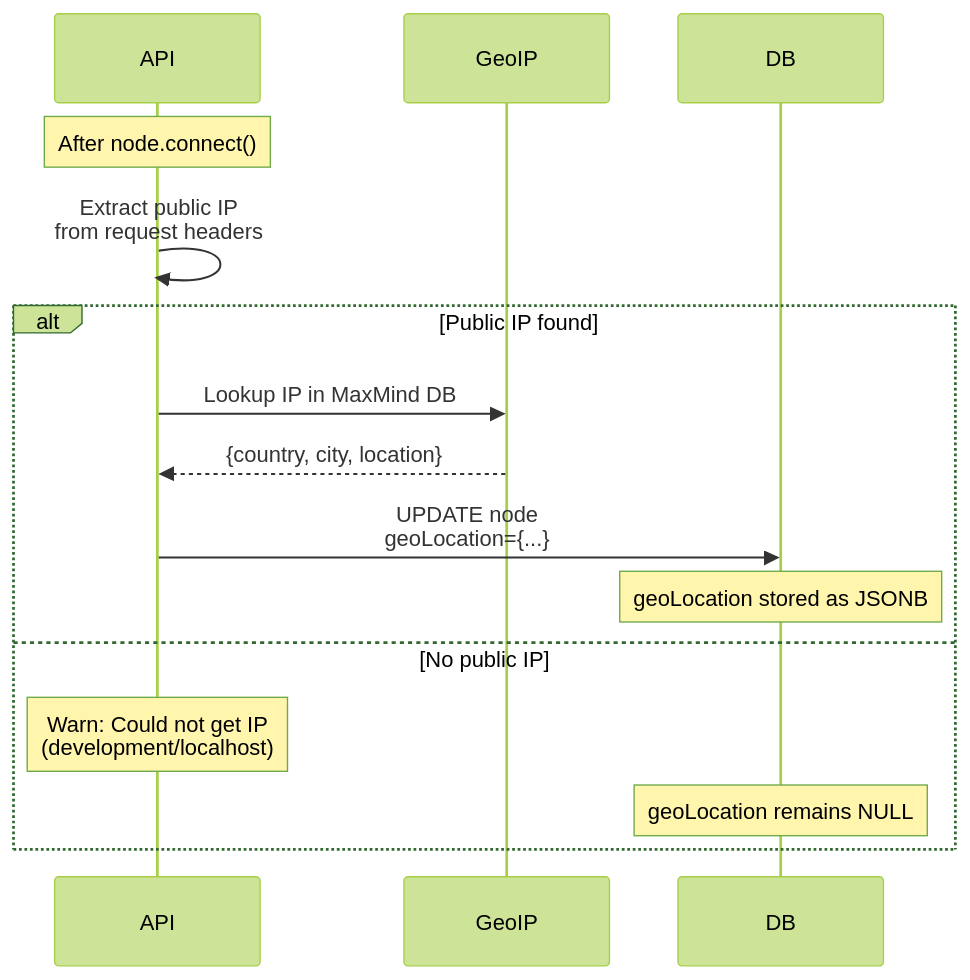
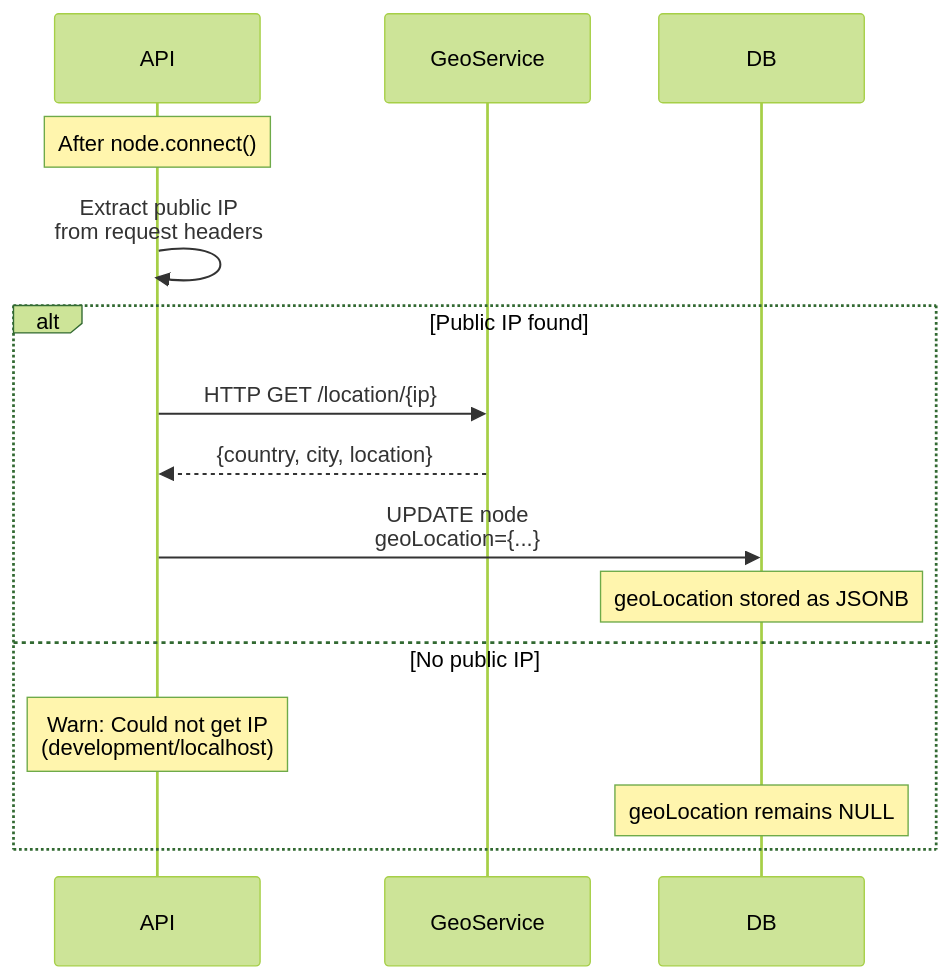
One commit to SubZtep/kaja changed the eighth of 8 diagrams in docs/node.md. Above: the diagram before and after it, drawn with Mermaid (forest theme). The commit also changed other lines of this file and 26 other files, not shown here.

````diff
--- a/docs/node.md
+++ b/docs/node.md
@@ -304,21 +304,21 @@
 ```mermaid
 sequenceDiagram
     participant API
-    participant GeoIP
+    participant GeoService
     participant DB
 
     Note over API: After node.connect()
 
     API->>API: Extract public IP<br/>from request headers
 
     alt Public IP found
-        API->>GeoIP: Lookup IP in MaxMind DB
-        GeoIP-->>API: {country, city, location}
+        API->>GeoService: HTTP GET /location/{ip}
+        GeoService-->>API: {country, city, location}
 
         API->>DB: UPDATE node<br/>geoLocation={...}
         Note over DB: geoLocation stored as JSONB
     else No public IP
         Note over API: Warn: Could not get IP<br/>(development/localhost)
         Note over DB: geoLocation remains NULL
     end
 ```
````
